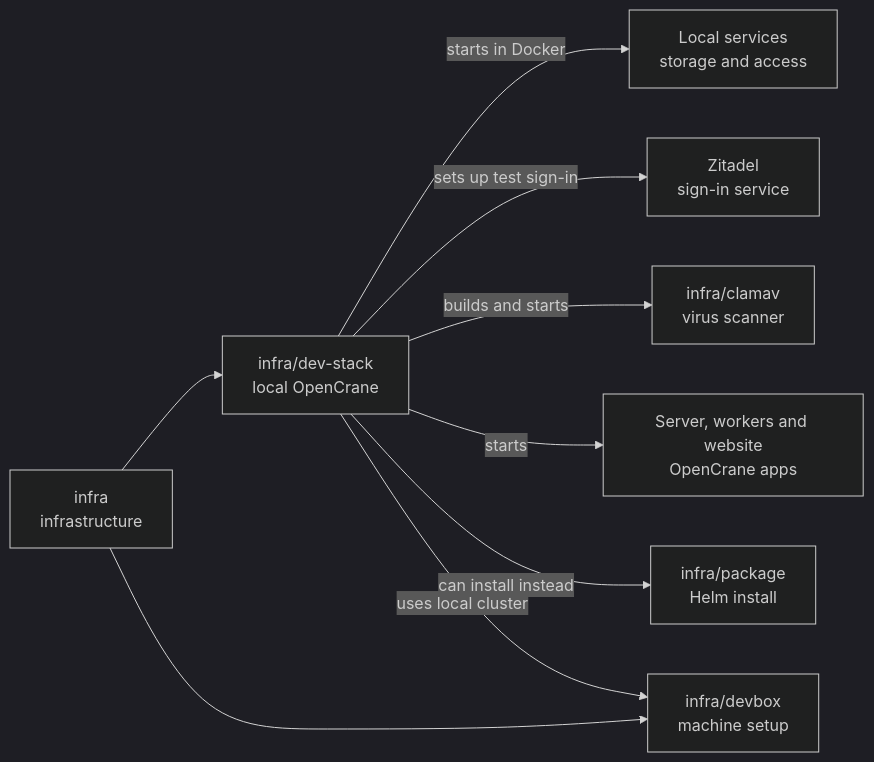
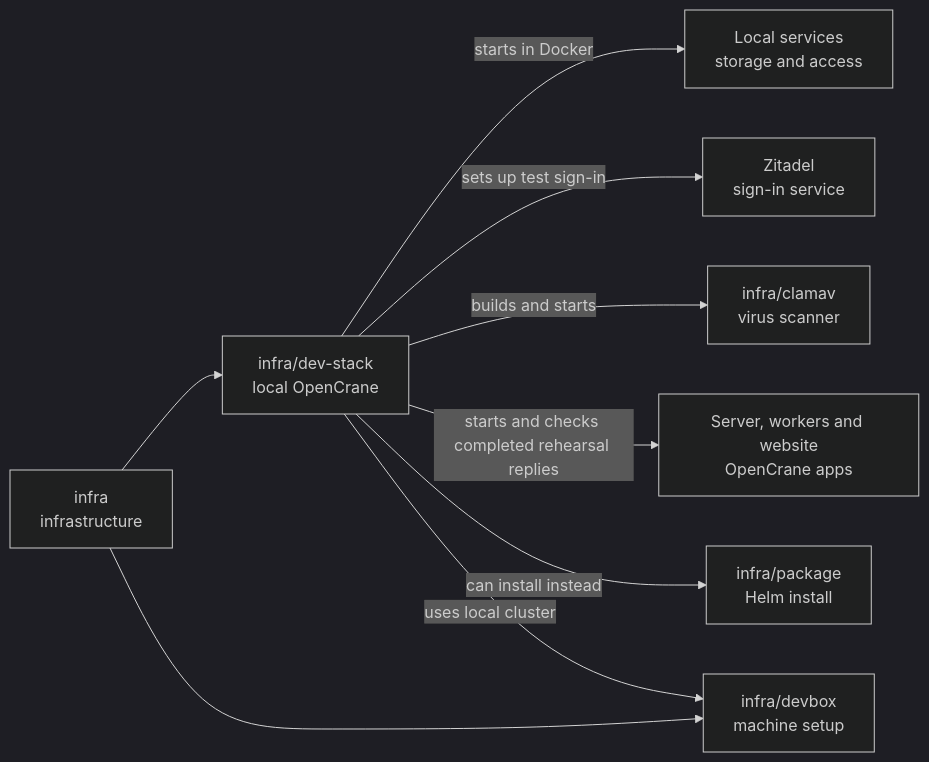
One commit to elewa-git/opencrane-new changed the diagram in infra/dev-stack/README.md. Above: the diagram before and after it, drawn with Mermaid (dark theme). The commit also changed other lines of this file and 11 other files, not shown here.

Commit message:
🎬 Make rehearsal checks wait for each completed reply

````diff
--- a/infra/dev-stack/README.md
+++ b/infra/dev-stack/README.md
@@ -16,11 +16,11 @@
 ```mermaid
 flowchart LR
   infra["infra<br/>infrastructure"] --> stack["infra/dev-stack<br/>local OpenCrane"]
   infra --> devbox["infra/devbox<br/>machine setup"]
   stack -->|starts in Docker| services["Local services<br/>storage and access"]
   stack -->|sets up test sign-in| zitadel["Zitadel<br/>sign-in service"]
   stack -->|builds and starts| clamav["infra/clamav<br/>virus scanner"]
-  stack -->|starts| apps["Server, workers and website<br/>OpenCrane apps"]
+  stack -->|starts and checks completed rehearsal replies| apps["Server, workers and website<br/>OpenCrane apps"]
   stack -->|can install instead| package["infra/package<br/>Helm install"]
   stack -->|uses local cluster| devbox
 ```
````
